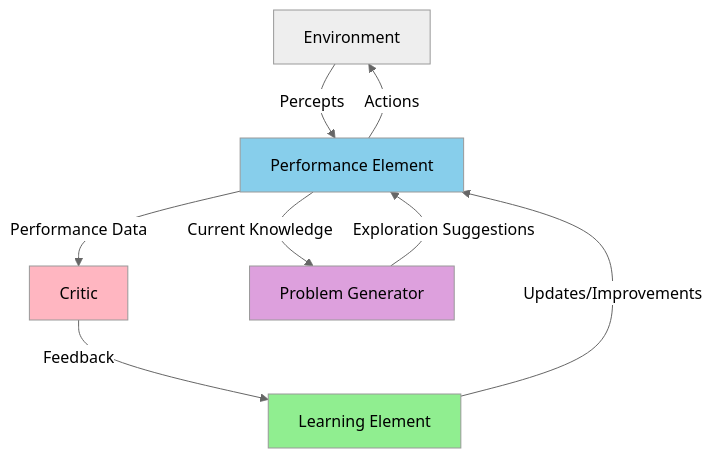
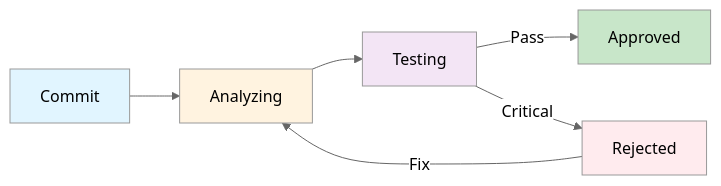
One commit to Algiras/vs-zinios-conference-2025-11-18 changed the fourth of 13 diagrams in slides/presentation.md. Above: the diagram before and after it, drawn with Mermaid (neutral theme). The commit also changed other lines of this file and 18 other files, not shown here.

````diff
--- a/slides/presentation.md
+++ b/slides/presentation.md
@@ -233,15 +487,14 @@
 ```mermaid
-graph TB
-    ENV[Environment] -->|Percepts| PE[Performance Element]
-    PE -->|Actions| ENV
-    PE -->|Performance Data| CRITIC[Critic]
-    CRITIC -->|Feedback| LE[Learning Element]
-    LE -->|Updates/Improvements| PE
-    PG[Problem Generator] -->|Exploration Suggestions| PE
-    PE -->|Current Knowledge| PG
+graph LR
+    Commit[Commit] --> Analyzing[Analyzing]
+    Analyzing --> Testing[Testing]
+    Testing -->|Pass| Approved[Approved]
+    Testing -->|Critical| Rejected[Rejected]
+    Rejected -->|Fix| Analyzing
     
-    style LE fill:#90EE90
-    style PE fill:#87CEEB
-    style CRITIC fill:#FFB6C1
-    style PG fill:#DDA0DD
+    style Commit fill:#e1f5ff
+    style Analyzing fill:#fff3e0
+    style Testing fill:#f3e5f5
+    style Approved fill:#c8e6c9
+    style Rejected fill:#ffebee
 ```
````
